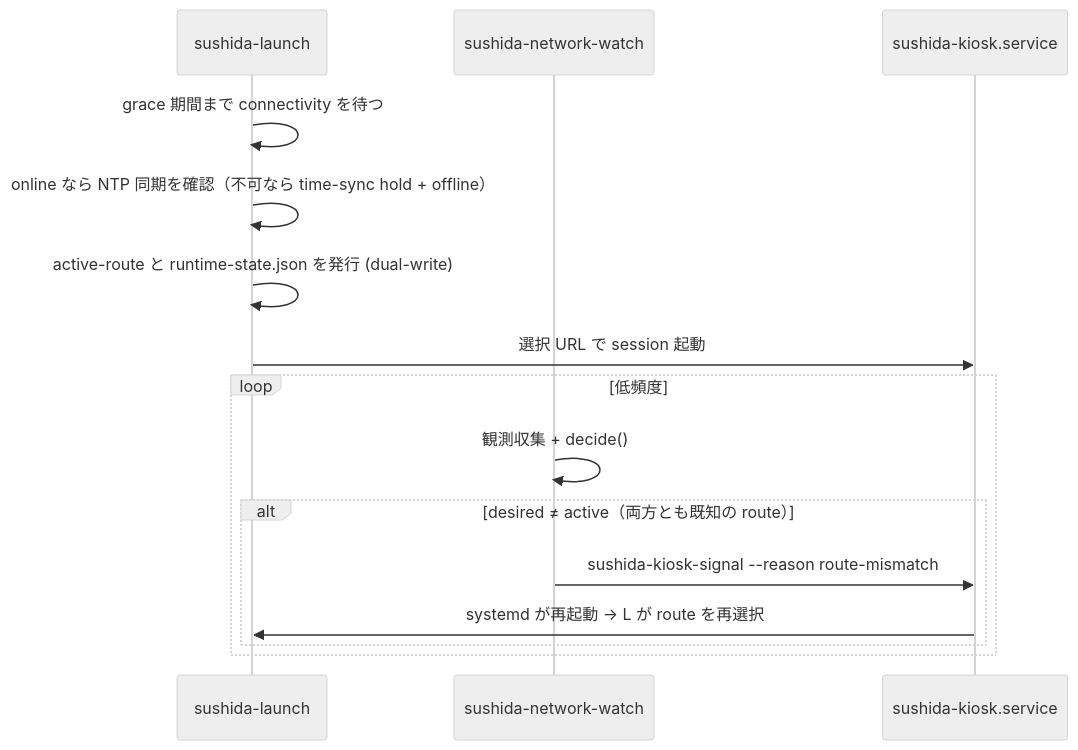
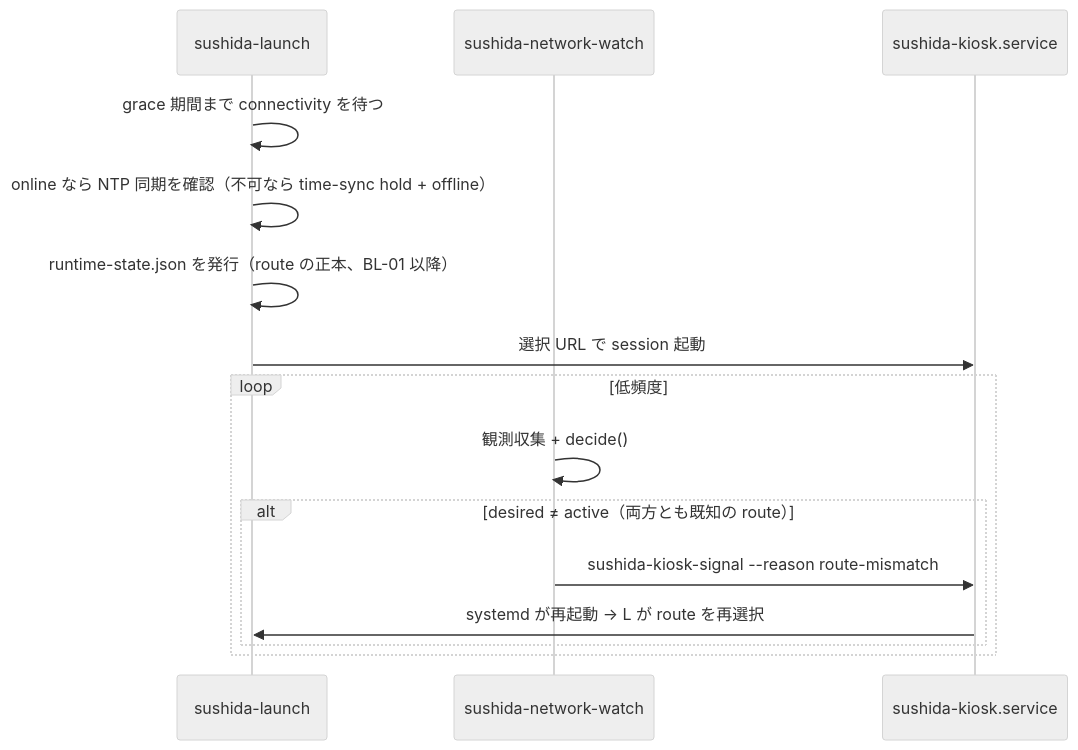
One commit to Kohe-M/sushida-os-starter changed the diagram in docs/runtime-routes.md. Above: the diagram before and after it, drawn with Mermaid (neutral theme). The commit also changed 3 other files, not shown here.

````diff
--- a/docs/runtime-routes.md
+++ b/docs/runtime-routes.md
@@ -29,17 +29,17 @@
 ```mermaid
 sequenceDiagram
     participant L as sushida-launch
     participant W as sushida-network-watch
     participant K as sushida-kiosk.service
     L->>L: grace 期間まで connectivity を待つ
     L->>L: online なら NTP 同期を確認（不可なら time-sync hold + offline）
-    L->>L: active-route と runtime-state.json を発行 (dual-write)
+    L->>L: runtime-state.json を発行（route の正本、BL-01 以降）
     L->>K: 選択 URL で session 起動
     loop 低頻度
         W->>W: 観測収集 + decide()
         alt desired ≠ active（両方とも既知の route）
             W->>K: sushida-kiosk-signal --reason route-mismatch
             K->>L: systemd が再起動 → L が route を再選択
         end
     end
 ```
````
